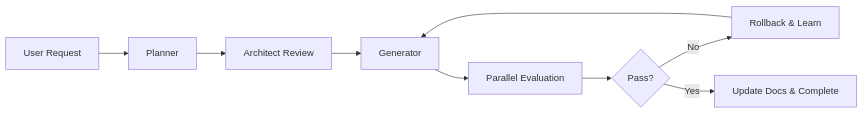
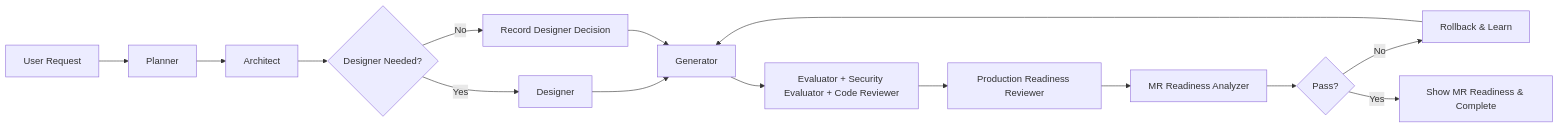
One commit to suyesh/moregan changed the diagram in README.md. Above: the diagram before and after it, drawn with Mermaid. The commit also changed other lines of this file and 9 other files, not shown here.

Commit message:
Add production readiness reviewer gate

````diff
--- a/README.md
+++ b/README.md
@@ -201,11 +239,17 @@
 ```mermaid
 graph LR
     A[User Request] --> B[Planner]
-    B --> C[Architect Review]
-    C --> D[Generator]
-    D --> E[Parallel Evaluation]
-    E --> F{Pass?}
-    F -->|No| G[Rollback & Learn]
-    G --> D
-    F -->|Yes| H[Update Docs & Complete]
+    B --> C[Architect]
+    C --> D{Designer Needed?}
+    D -->|Yes| E[Designer]
+    D -->|No| F[Record Designer Decision]
+    E --> G[Generator]
+    F --> G
+    G --> H[Evaluator + Security Evaluator + Code Reviewer]
+    H --> I[Production Readiness Reviewer]
+    I --> J[MR Readiness Analyzer]
+    J --> K{Pass?}
+    K -->|No| L[Rollback & Learn]
+    L --> G
+    K -->|Yes| M[Show MR Readiness & Complete]
 ```
````
